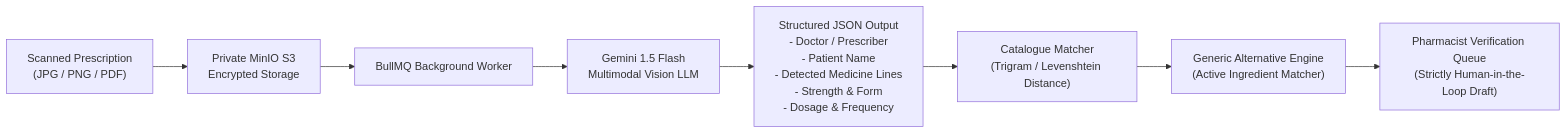
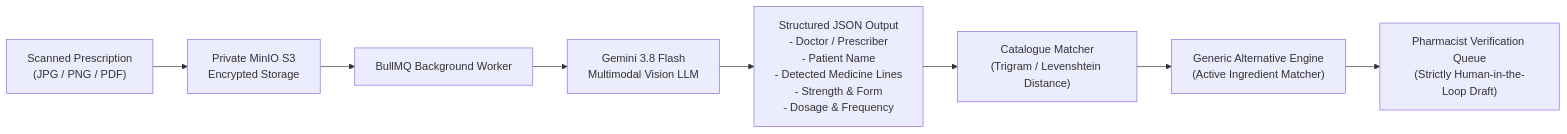
The seventh of 9 diagrams in technical_design_document.md (Anujanthwal-dotcom/assignment-isocode-labs), drawn with Mermaid before and after one commit. The commit also changed other lines of this file and 4 other files, not shown here.

Commit message:
docs: align Gemini model references across architecture and deployment docs

````diff
--- a/technical_design_document.md
+++ b/technical_design_document.md
@@ -432,13 +432,13 @@
 ```mermaid
 flowchart LR
     Scan["Scanned Prescription\n(JPG / PNG / PDF)"] --> S3["Private MinIO S3\nEncrypted Storage"]
     S3 --> Worker["BullMQ Background Worker"]
-    Worker --> Gemini["Gemini 1.5 Flash\nMultimodal Vision LLM"]
+    Worker --> Gemini["Gemini 3.8 Flash\nMultimodal Vision LLM"]
 
     Gemini --> RawJSON["Structured JSON Output\n- Doctor / Prescriber\n- Patient Name\n- Detected Medicine Lines\n- Strength & Form\n- Dosage & Frequency"]
 
     RawJSON --> Fuzzy["Catalogue Matcher\n(Trigram / Levenshtein Distance)"]
     Fuzzy --> GenericFinder["Generic Alternative Engine\n(Active Ingredient Matcher)"]
 
     GenericFinder --> DraftQueue["Pharmacist Verification Queue\n(Strictly Human-in-the-Loop Draft)"]
 ```
````
